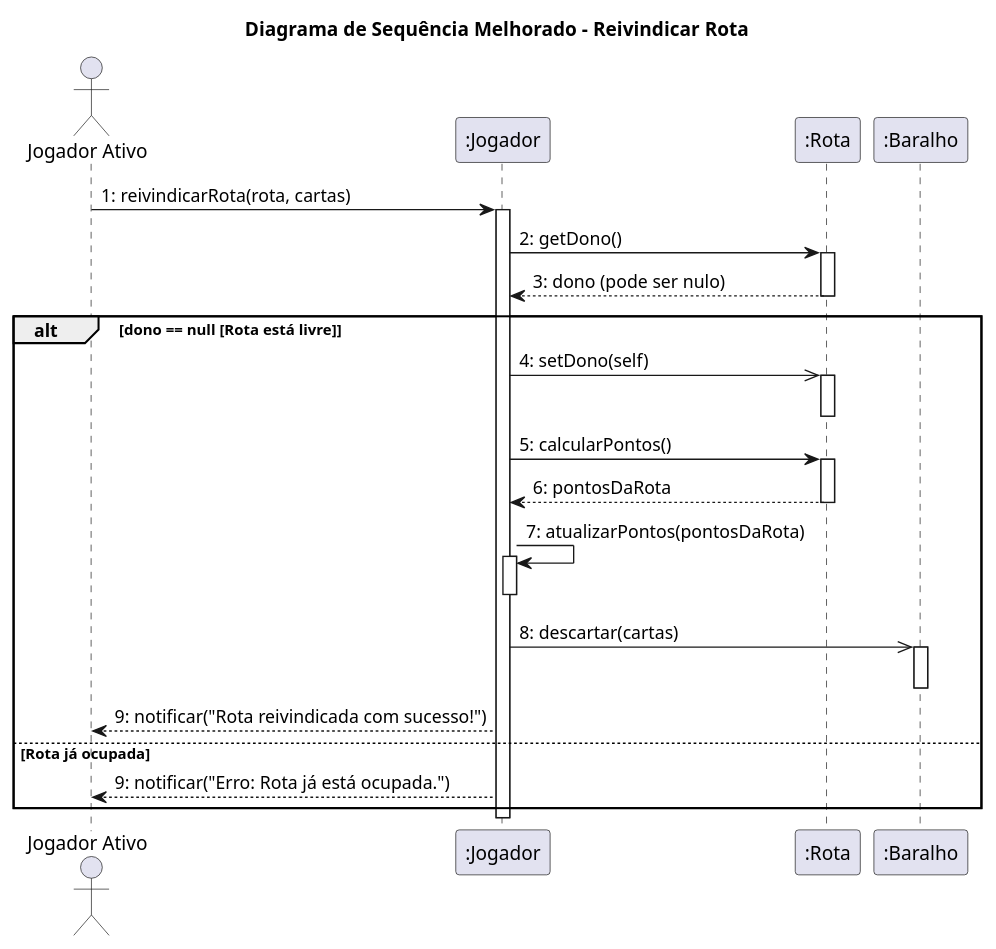
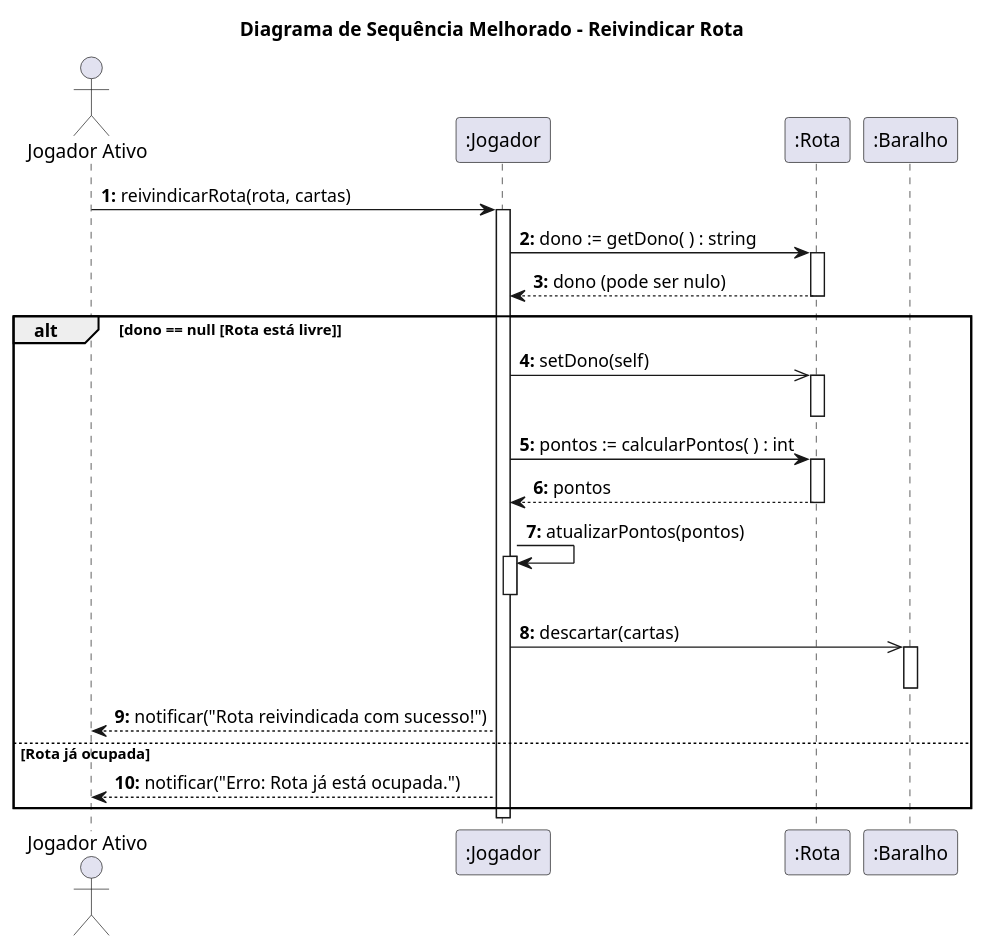
One commit to Langsch/ticket_to_ride changed the diagram in docs/diagramas/Diagrama de Sequência.puml. Above: the diagram before and after it, drawn with PlantUML.

Commit message:
mudança no diagrama de sequência

```diff
--- a/docs/diagramas/Diagrama de Sequência.puml
+++ b/docs/diagramas/Diagrama de Sequência.puml
@@ -1,51 +1,51 @@
-@startuml
+@startuml Diagrama de  Sequência
 title Diagrama de Sequência Melhorado - Reivindicar Rota
 
 actor "Jogador Ativo" as jogadorAtivo
 participant ":Jogador" as jogador
 participant ":Rota" as rota
 participant ":Baralho" as baralho
 
-jogadorAtivo -> jogador : 1: reivindicarRota(rota, cartas)
+jogadorAtivo -> jogador : <b>1:</b> reivindicarRota(rota, cartas)
 activate jogador
 
 ' O jogador primeiro verifica se a rota tem um dono
-jogador -> rota : 2: getDono()
+jogador -> rota : <b>2:</b> dono := getDono( ) : string
 activate rota
-rota --> jogador : 3: dono (pode ser nulo)
+rota --> jogador : <b>3:</b> dono (pode ser nulo)
 deactivate rota
 
 alt dono == null [Rota está livre]
 
     ' Ação de definir o jogador atual como dono da rota
-    jogador ->> rota : 4: setDono(self)
+    jogador ->> rota : <b>4:</b> setDono(self)
     activate rota
     deactivate rota
 
     ' O fluxo original continua...
-    jogador -> rota : 5: calcularPontos()
+    jogador -> rota :  <b>5:</b> pontos := calcularPontos( ) : int
     activate rota
-    rota --> jogador : 6: pontosDaRota
+    rota --> jogador : <b>6:</b> pontos
     deactivate rota
 
-    jogador -> jogador : 7: atualizarPontos(pontosDaRota)
+    jogador -> jogador : <b>7:</b> atualizarPontos(pontos)
     activate jogador
     deactivate jogador
 
 
-    jogador ->> baralho : 8: descartar(cartas)
+    jogador ->> baralho : <b>8:</b> descartar(cartas)
     activate baralho
     deactivate baralho
 
-    jogador --> jogadorAtivo : 9: notificar("Rota reivindicada com sucesso!")
+    jogador --> jogadorAtivo : <b>9:</b> notificar("Rota reivindicada com sucesso!")
 
 else Rota já ocupada
 
     ' Ação falha e o jogador é notificado
-    jogador --> jogadorAtivo : 9: notificar("Erro: Rota já está ocupada.")
+    jogador --> jogadorAtivo : <b>10:</b> notificar("Erro: Rota já está ocupada.")
 
 end
 
 deactivate jogador
 
 @enduml
```
